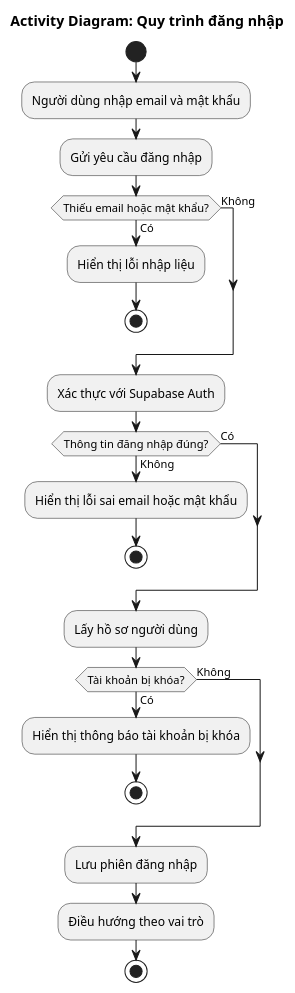
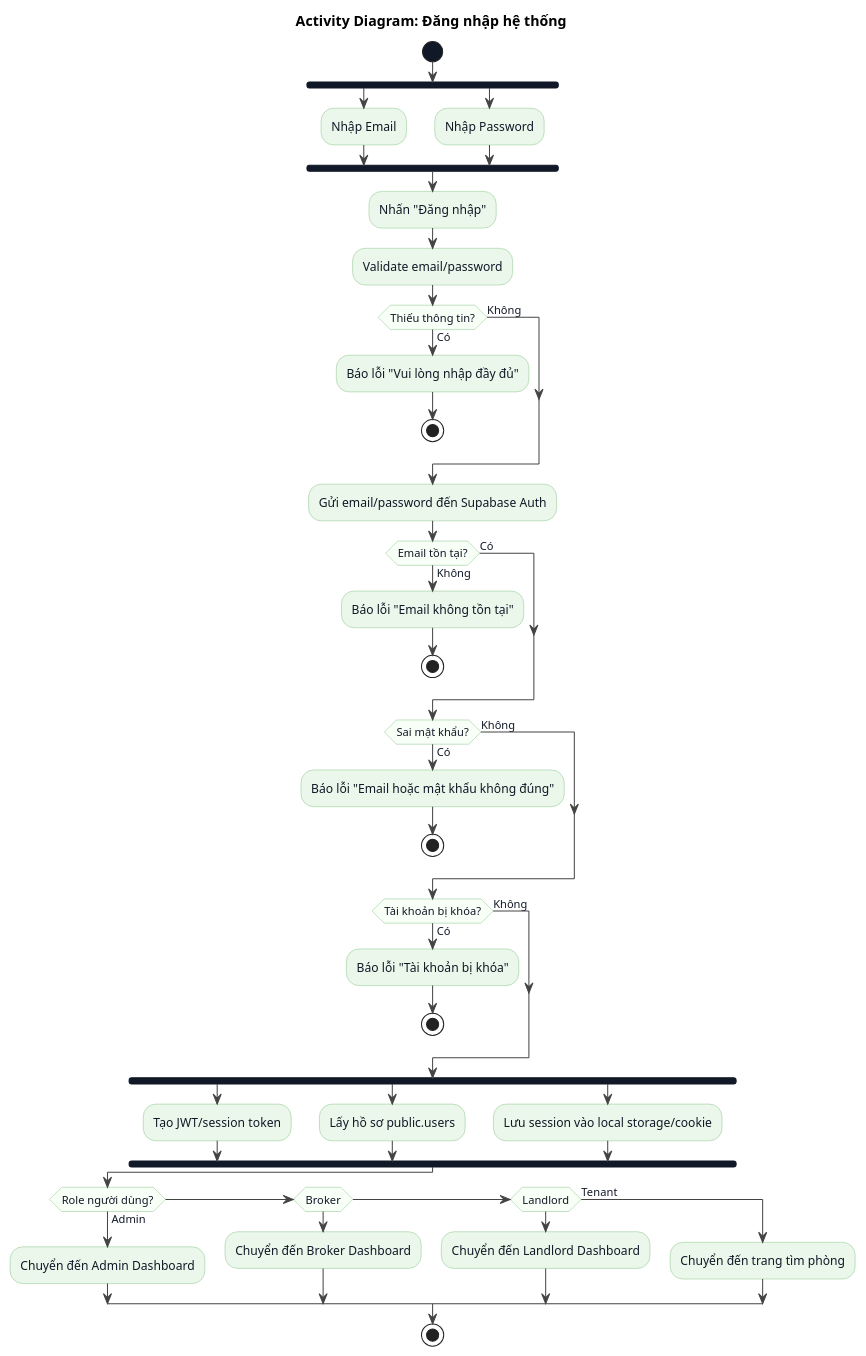
The diagram in PlantUML/Activity/LoginActivity.plantuml (kinhon11/roommatch), drawn with PlantUML before and after one commit. The commit also changed 10 other files, not shown here.

Commit message:
Update PlantUML business workflow diagrams

```diff
--- a/PlantUML/Activity/LoginActivity.plantuml
+++ b/PlantUML/Activity/LoginActivity.plantuml
@@ -1,32 +1,77 @@
 @startuml
-title Activity Diagram: Quy trình đăng nhập
+title Activity Diagram: Đăng nhập hệ thống
+
+skinparam shadowing false
+skinparam defaultFontName Arial
+skinparam activity {
+  BackgroundColor #EAF7EA
+  BorderColor #8BC58B
+  FontColor #111827
+  DiamondBackgroundColor #F7FFF7
+  DiamondBorderColor #8BC58B
+  StartColor #111827
+  EndColor #111827
+  BarColor #111827
+}
+skinparam arrow {
+  Color #444444
+  FontColor #111827
+}
 
 start
-:Người dùng nhập email và mật khẩu;
-:Gửi yêu cầu đăng nhập;
+fork
+  :Nhập Email;
+fork again
+  :Nhập Password;
+end fork
 
-if (Thiếu email hoặc mật khẩu?) then (Có)
-  :Hiển thị lỗi nhập liệu;
+:Nhấn "Đăng nhập";
+:Validate email/password;
+
+if (Thiếu thông tin?) then (Có)
+  :Báo lỗi "Vui lòng nhập đầy đủ";
   stop
 else (Không)
 endif
 
-:Xác thực với Supabase Auth;
-if (Thông tin đăng nhập đúng?) then (Không)
-  :Hiển thị lỗi sai email hoặc mật khẩu;
+:Gửi email/password đến Supabase Auth;
+
+if (Email tồn tại?) then (Không)
+  :Báo lỗi "Email không tồn tại";
   stop
 else (Có)
 endif
 
-:Lấy hồ sơ người dùng;
-if (Tài khoản bị khóa?) then (Có)
-  :Hiển thị thông báo tài khoản bị khóa;
+if (Sai mật khẩu?) then (Có)
+  :Báo lỗi "Email hoặc mật khẩu không đúng";
   stop
 else (Không)
 endif
 
-:Lưu phiên đăng nhập;
-:Điều hướng theo vai trò;
+if (Tài khoản bị khóa?) then (Có)
+  :Báo lỗi "Tài khoản bị khóa";
+  stop
+else (Không)
+endif
+
+fork
+  :Tạo JWT/session token;
+fork again
+  :Lấy hồ sơ public.users;
+fork again
+  :Lưu session vào local storage/cookie;
+end fork
+
+if (Role người dùng?) then (Admin)
+  :Chuyển đến Admin Dashboard;
+elseif (Broker)
+  :Chuyển đến Broker Dashboard;
+elseif (Landlord)
+  :Chuyển đến Landlord Dashboard;
+else (Tenant)
+  :Chuyển đến trang tìm phòng;
+endif
+
 stop
 
 @enduml
```
